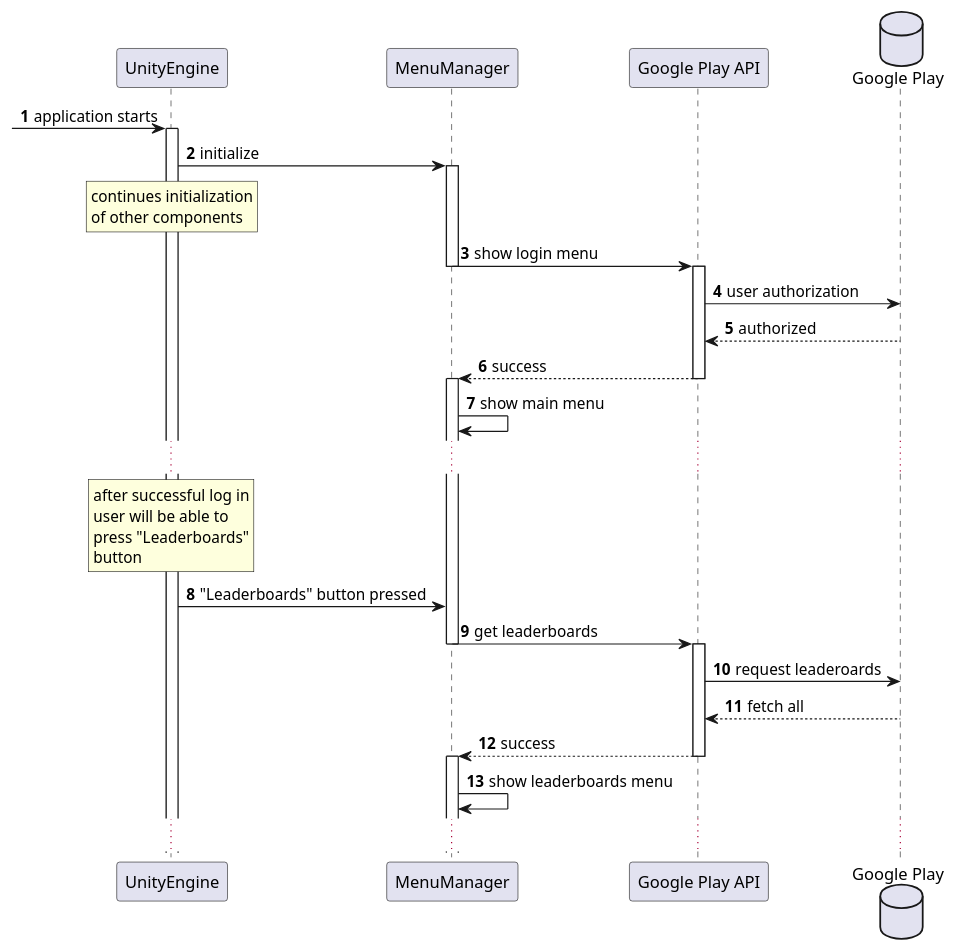
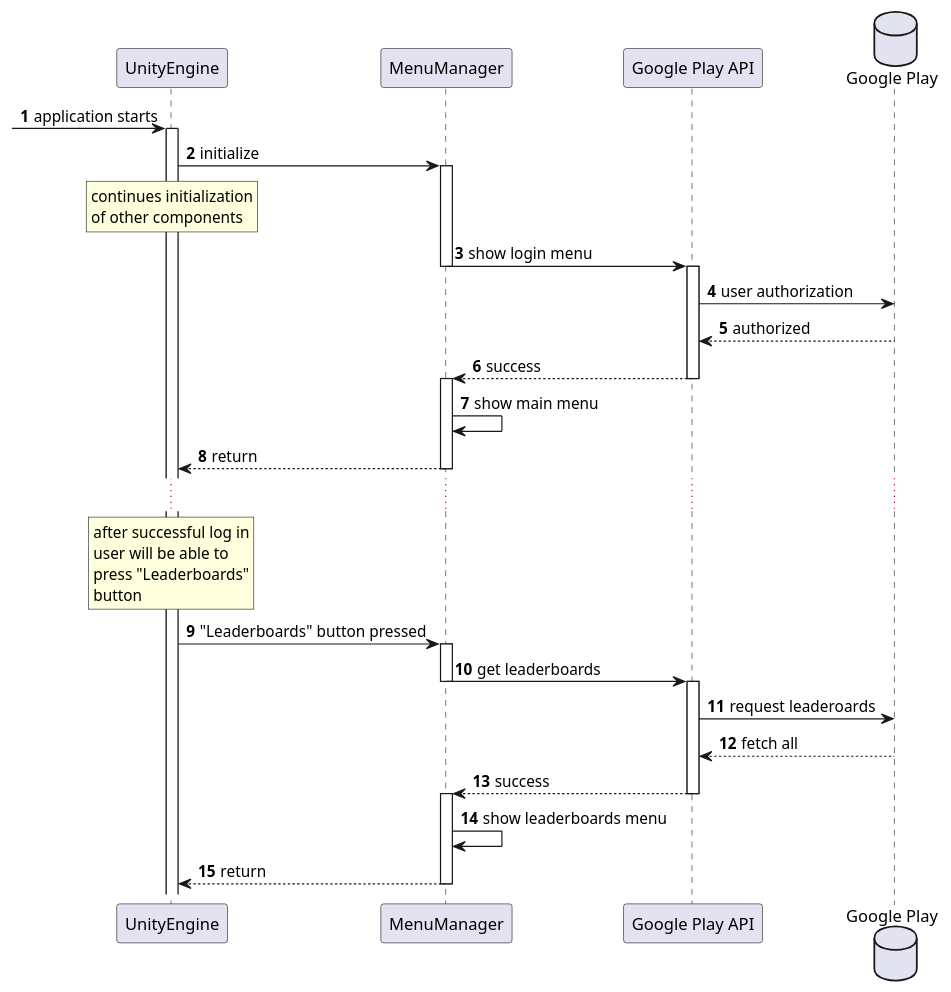
Before and after one commit to CKTA00/Robbery_Rush_UML: the diagram in UML/leaderboards_sequence_diagram.puml, drawn with PlantUML. The commit also changed 1 other file, not shown here.

Commit message:
Minor changes to sequences
Added game over music call and hide distance meter to game over sequence. Added returns to leaderboard sequence

```diff
--- a/UML/leaderboards_sequence_diagram.puml
+++ b/UML/leaderboards_sequence_diagram.puml
@@ -1,30 +1,34 @@
 @startuml
 'https://plantuml.com/sequence-diagram
 
 autonumber
 
 ?-> UnityEngine ++: application starts
 
 UnityEngine -> MenuManager ++: initialize
 rnote over UnityEngine: continues initialization\nof other components
 MenuManager -> "Google Play API" --++: show login menu
 database "Google Play"
 "Google Play API" -> "Google Play": user authorization
 "Google Play" --> "Google Play API": authorized
 "Google Play API" --> MenuManager  --++: success
 MenuManager -> MenuManager: show main menu
+MenuManager --> UnityEngine --: return
+
 ...
 
 rnote over UnityEngine: after successful log in\nuser will be able to\npress "Leaderboards"\nbutton
 
-UnityEngine -> MenuManager: "Leaderboards" button pressed
+UnityEngine -> MenuManager++: "Leaderboards" button pressed
 MenuManager -> "Google Play API" --++: get leaderboards
 "Google Play API" -> "Google Play": request leaderoards
 "Google Play" --> "Google Play API": fetch all
 "Google Play API" --> MenuManager  --++:success
 MenuManager -> MenuManager: show leaderboards menu
-...
+MenuManager --> UnityEngine --: return
+
+
 
 
 
 @enduml
```
